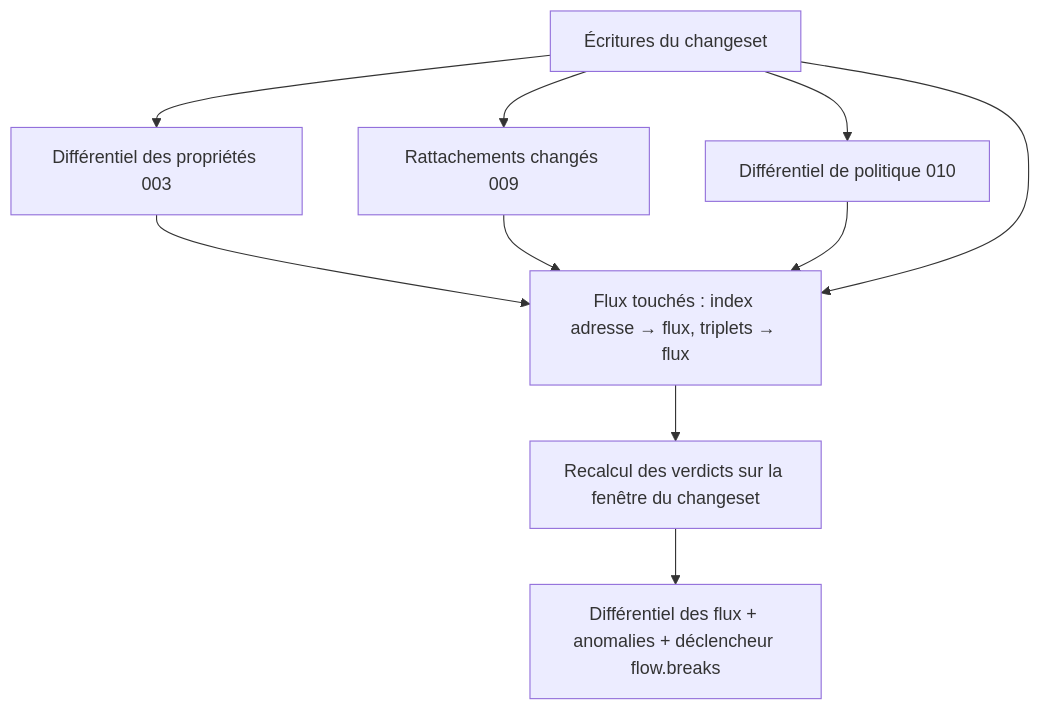
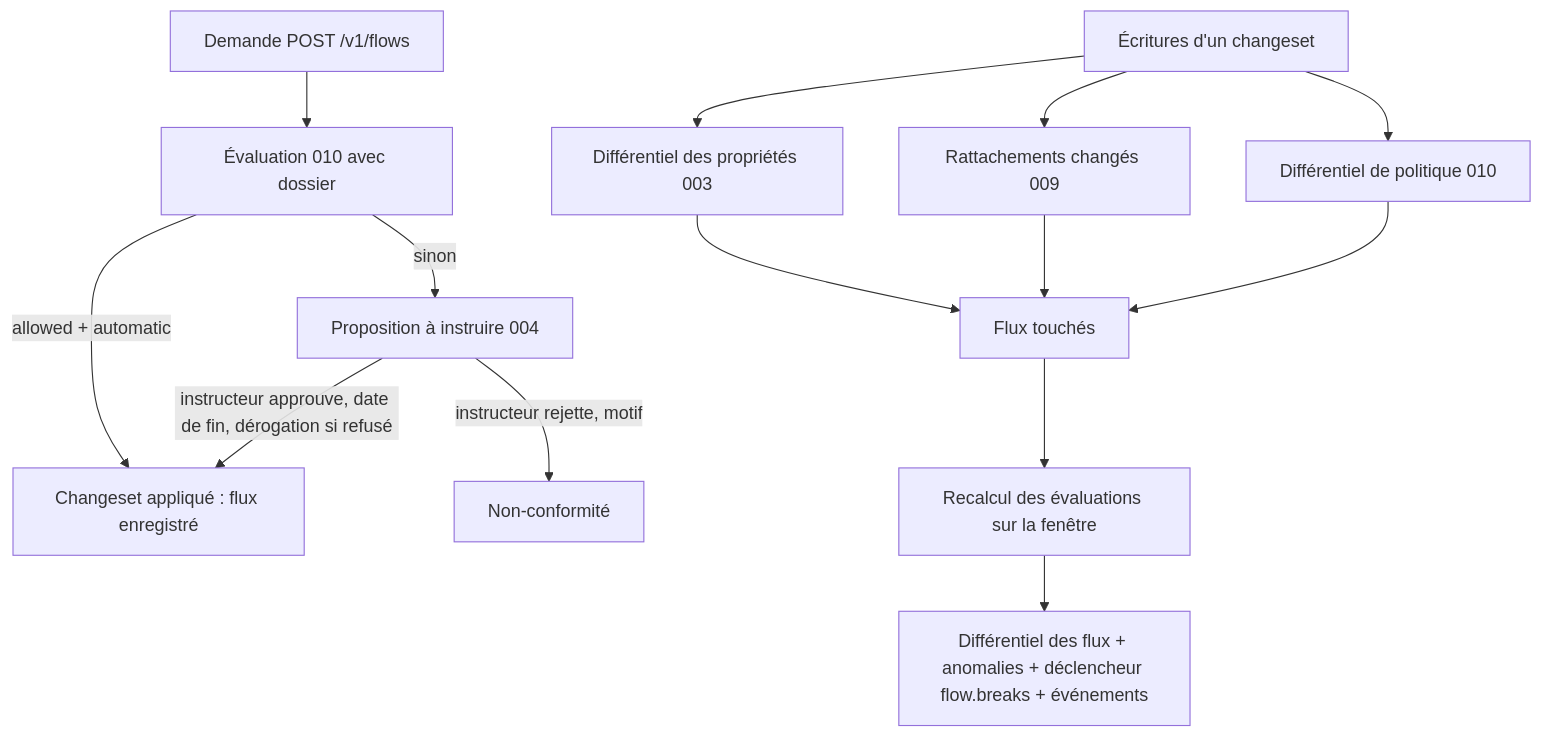
One commit to Cavernum/kartenn changed the diagram in specs/011-registre-flux/design.md. Above: the diagram before and after it, drawn with Mermaid. The commit also changed other lines of this file and 3 other files, not shown here.

First line of the commit message:
docs(specs): revise the flow registry spec from the security need (spec 011)

````diff
--- a/specs/011-registre-flux/design.md
+++ b/specs/011-registre-flux/design.md
@@ -21,12 +24,16 @@
 ```mermaid
 flowchart TD
-  W[Écritures du changeset] --> P3[Différentiel des propriétés 003]
+  D[Demande POST /v1/flows] --> E[Évaluation 010 avec dossier]
+  E -->|allowed + automatic| A[Changeset appliqué : flux enregistré]
+  E -->|sinon| P[Proposition à instruire 004]
+  P -->|instructeur approuve, date de fin, dérogation si refusé| A
+  P -->|instructeur rejette, motif| NC[Non-conformité]
+  W[Écritures d'un changeset] --> P3[Différentiel des propriétés 003]
   W --> M9[Rattachements changés 009]
   W --> P10[Différentiel de politique 010]
-  P3 --> T[Flux touchés : index adresse → flux, triplets → flux]
+  P3 --> T[Flux touchés]
   M9 --> T
   P10 --> T
-  W --> T
-  T --> R[Recalcul des verdicts sur la fenêtre du changeset]
-  R --> D[Différentiel des flux + anomalies + déclencheur flow.breaks]
+  T --> R[Recalcul des évaluations sur la fenêtre]
+  R --> S[Différentiel des flux + anomalies + déclencheur flow.breaks + événements]
 ```
````
